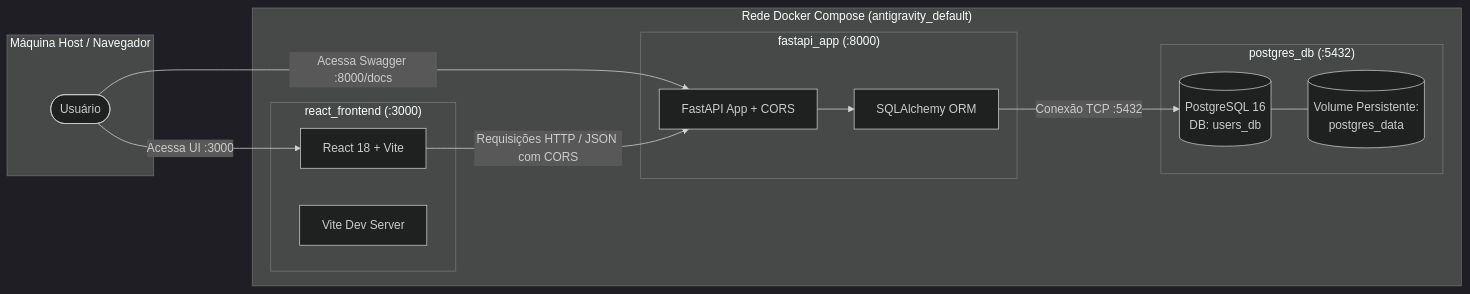
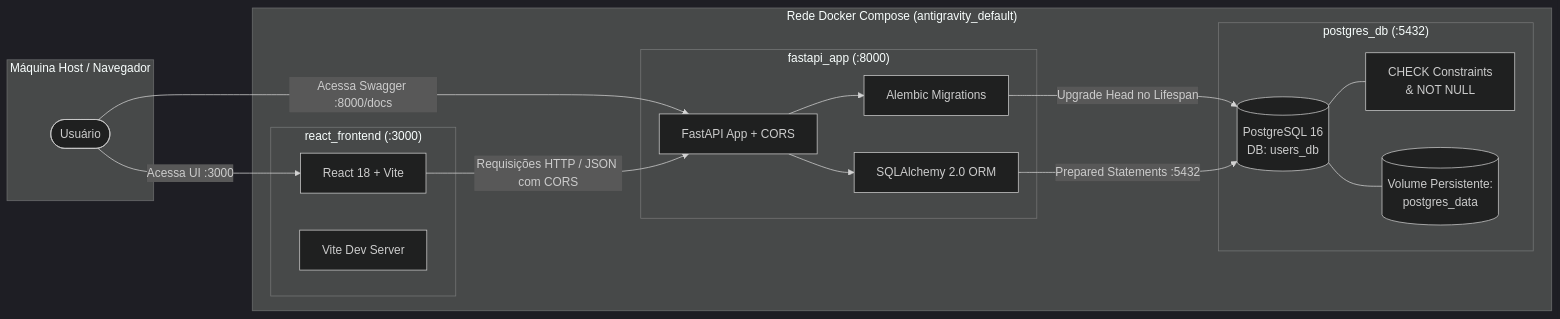
Before and after one commit to guilermiii/antigravity: the diagram in CONTEXTO.md, drawn with Mermaid (dark theme). The commit also changed other lines of this file and 1 other file, not shown here.

Commit message:
docs: update README and CONTEXTO with architecture and test suite details

````diff
--- a/CONTEXTO.md
+++ b/CONTEXTO.md
@@ -31,30 +34,35 @@
 ```mermaid
 flowchart LR
     subgraph Host ["Máquina Host / Navegador"]
         User(["Usuário"])
     end
 
     subgraph Docker ["Rede Docker Compose (antigravity_default)"]
         subgraph Frontend_Container ["react_frontend (:3000)"]
             ReactApp["React 18 + Vite"]
             ViteDev["Vite Dev Server"]
         end
 
         subgraph Backend_Container ["fastapi_app (:8000)"]
             FastAPI["FastAPI App + CORS"]
-            SQLAlchemy["SQLAlchemy ORM"]
+            Alembic["Alembic Migrations"]
+            SQLAlchemy["SQLAlchemy 2.0 ORM"]
         end
 
         subgraph DB_Container ["postgres_db (:5432)"]
             PostgreSQL[(PostgreSQL 16\nDB: users_db)]
+            PGConstraints["CHECK Constraints\n& NOT NULL"]
             PGData[("Volume Persistente:\npostgres_data")]
         end
     end
 
     User -->|Acessa UI :3000| ReactApp
     User -->|Acessa Swagger :8000/docs| FastAPI
     ReactApp -->|Requisições HTTP / JSON com CORS| FastAPI
+    FastAPI --> Alembic
+    Alembic -->|Upgrade Head no Lifespan| PostgreSQL
     FastAPI --> SQLAlchemy
-    SQLAlchemy -->|Conexão TCP :5432| PostgreSQL
+    SQLAlchemy -->|Prepared Statements :5432| PostgreSQL
+    PostgreSQL --- PGConstraints
     PostgreSQL --- PGData
 ```
````
